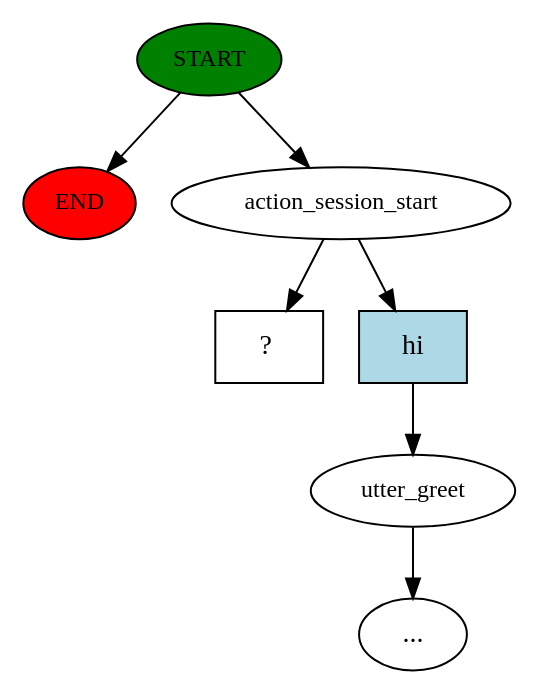
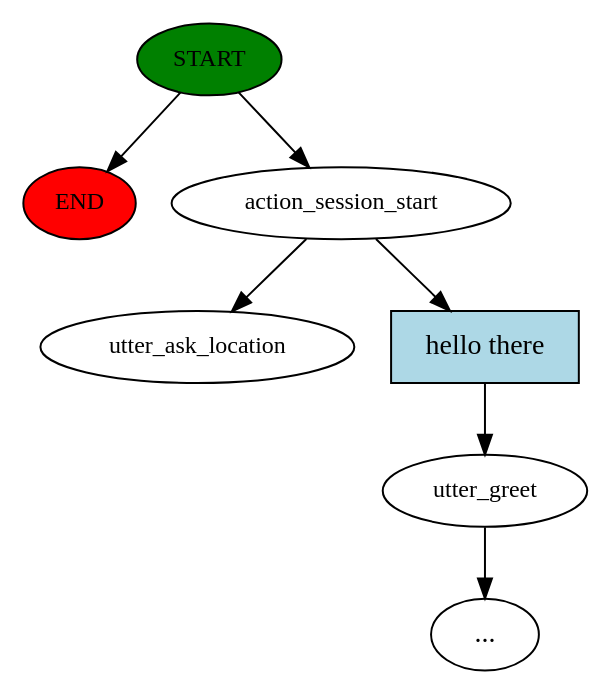
Before and after one commit to devasci/rasa_casestudy: the diagram in story_graph.dot, drawn with Graphviz. The commit also changed 6 other files, not shown here.

```diff
--- a/story_graph.dot
+++ b/story_graph.dot
@@ -1,15 +1,15 @@
 digraph  {
 0 [class="start active", fillcolor=green, fontsize=12, label=START, style=filled];
 "-1" [class=end, fillcolor=red, fontsize=12, label=END, style=filled];
 1 [class=active, fontsize=12, label=action_session_start];
 2 [class="", fontsize=12, label=utter_greet];
-"-3" [class=ellipsis, label="..."];
-4 [class="intent dashed active", label="  ?  ", shape=rect];
-5 [class=intent, fillcolor=lightblue, label=hi, shape=rect, style=filled];
+"-5" [class=ellipsis, label="..."];
+8 [class="dashed active", fontsize=12, label=utter_ask_location];
+9 [class=intent, fillcolor=lightblue, label="hello there", shape=rect, style=filled];
 0 -> "-1"  [class="", key=NONE, label=""];
 0 -> 1  [class=active, key=NONE, label=""];
-1 -> 4  [class=active, key=NONE, label=""];
-1 -> 5  [class="", key=0];
-2 -> "-3"  [class="", key=NONE, label=""];
-5 -> 2  [class="", key=0];
+1 -> 8  [class=active, key=NONE, label=""];
+1 -> 9  [class="", key=0];
+2 -> "-5"  [class="", key=NONE, label=""];
+9 -> 2  [class="", key=0];
 }
```
